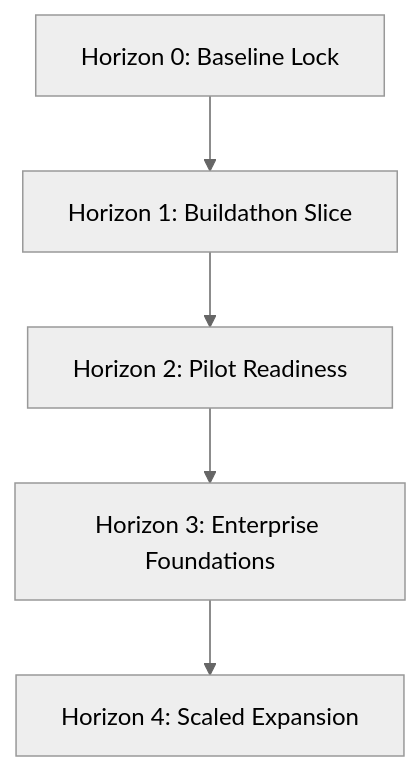
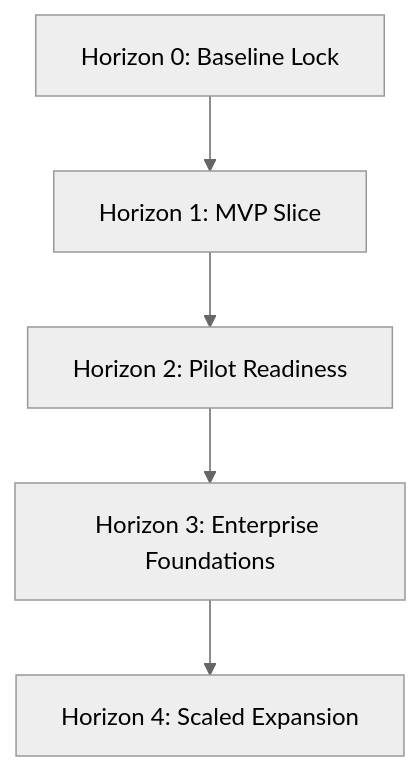
The diagram in docs/roadmap/CANONICAL_PRODUCT_ROADMAP.md (rjmad1/1_Conversa_HermesBuildathon), drawn with Mermaid (neutral theme) before and after one commit. The commit also changed other lines of this file and 92 other files, not shown here.

````diff
--- a/docs/roadmap/CANONICAL_PRODUCT_ROADMAP.md
+++ b/docs/roadmap/CANONICAL_PRODUCT_ROADMAP.md
@@ -40,7 +40,7 @@
 ```mermaid
 graph TD
-    H0[Horizon 0: Baseline Lock] --> H1[Horizon 1: Buildathon Slice]
+    H0[Horizon 0: Baseline Lock] --> H1[Horizon 1: MVP Slice]
     H1 --> H2[Horizon 2: Pilot Readiness]
     H2 --> H3[Horizon 3: Enterprise Foundations]
     H3 --> H4[Horizon 4: Scaled Expansion]
 ```
````
